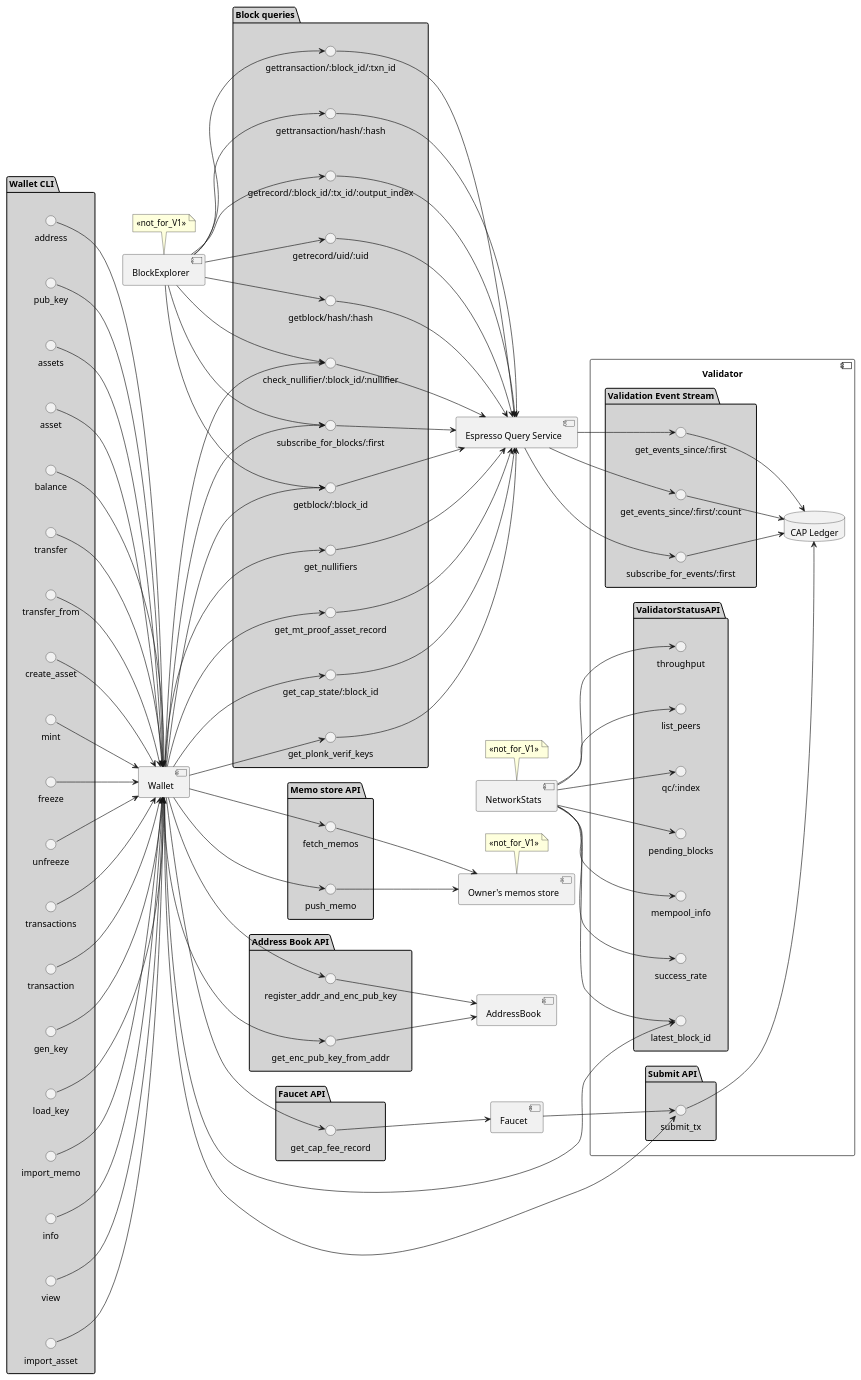
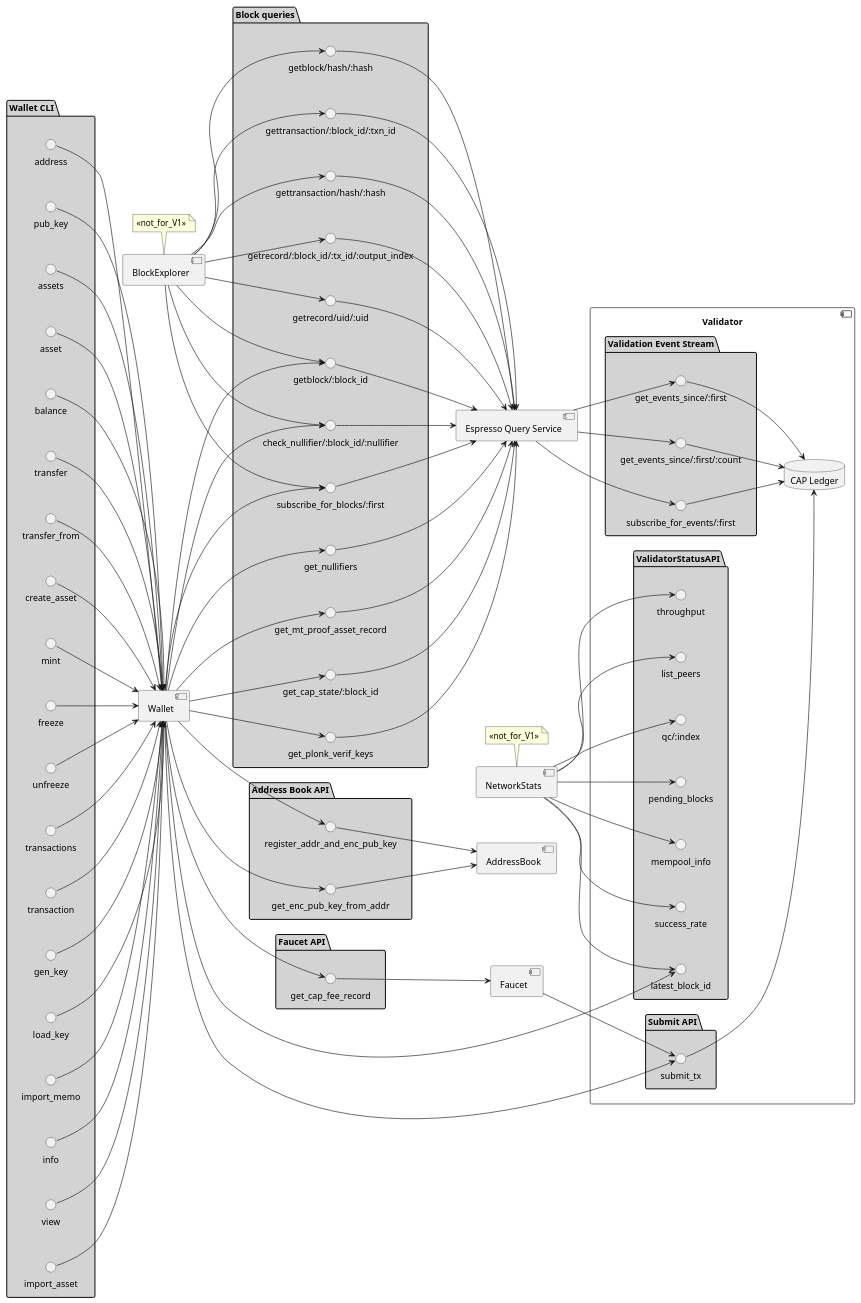
One commit to EspressoSystems/espresso changed the diagram in doc/architecture/global_architecture_components_diagram.puml. Above: the diagram before and after it, drawn with PlantUML.

Commit message:
Remove OMS.

```diff
--- a/doc/architecture/global_architecture_components_diagram.puml
+++ b/doc/architecture/global_architecture_components_diagram.puml
@@ -1,153 +1,143 @@
 @startuml
 
 component "Wallet" as Wallet
 left to right direction
 
 package "Wallet CLI" #lightgray {
     address --> Wallet
     pub_key --> Wallet
     assets --> Wallet
     asset --> Wallet
     balance --> Wallet
     transfer --> Wallet
     transfer_from --> Wallet
     create_asset --> Wallet
     mint --> Wallet
     freeze --> Wallet
     unfreeze --> Wallet
     transactions --> Wallet
     transaction --> Wallet
     gen_key --> Wallet
     load_key --> Wallet
     import_memo --> Wallet
     info --> Wallet
     view --> Wallet
     import_asset --> Wallet
 }
 
 component "Espresso Query Service" as EsQS
 component BlockExplorer as BE
 note top of BE: <<not_for_V1>>
 
 component NetworkStats as NS
 note top of NS: <<not_for_V1>>
 
-[Owner's memos store] as OMS
-note top of OMS: <<not_for_V1>>
-package "Memo store API" #lightgray {
-    interface fetch_memos
-    interface push_memo
-    fetch_memos --> OMS
-    push_memo --> OMS
-}
 
 [AddressBook] as AB
 package "Address Book API" #lightgray {
     interface register_addr_and_enc_pub_key
     interface get_enc_pub_key_from_addr
     register_addr_and_enc_pub_key --> AB
     get_enc_pub_key_from_addr --> AB
 }
 
 [Faucet] as F
 package "Faucet API" #lightgray {
     get_cap_fee_record --> F
 }
 
 package "Block queries" as BQ #lightgray {
     interface "getblock/:block_id" as get_block_block_id
     interface  "getblock/hash/:hash" as get_block_hash
     interface "subscribe_for_blocks/:first" as sus_blocks_first
     interface  "gettransaction/:block_id/:txn_id" as get_transaction_block_id_tx_id
     interface "gettransaction/hash/:hash" as get_transaction_hash
     interface "getrecord/:block_id/:tx_id/:output_index" as get_record_block_id_tx_id_output_index
     interface "getrecord/uid/:uid" as get_record_uid
     interface "check_nullifier/:block_id/:nullifier" as check_nullifier_block_id_nullifier
     interface "get_cap_state/:block_id" as get_cap_state_block_id
 
     get_block_block_id --> EsQS
     get_block_hash --> EsQS
     get_transaction_block_id_tx_id --> EsQS
     get_transaction_hash --> EsQS
     get_record_block_id_tx_id_output_index --> EsQS
     get_record_uid --> EsQS
     sus_blocks_first --> EsQS
     check_nullifier_block_id_nullifier --> EsQS
 
     get_cap_state_block_id --> EsQS
     get_plonk_verif_keys --> EsQS
     get_nullifiers --> EsQS
     get_mt_proof_asset_record --> EsQS
 
 }
 
 component Validator #white {
 
     package "Submit API" #lightgray {
         interface submit_tx
     }
 
     package ValidatorStatusAPI #lightgray {
         interface list_peers
         interface "qc/:index" as qc_index
         interface "pending_blocks"
         interface latest_block_id
         interface mempool_info
         interface success_rate
         interface throughput
     }
 
     package "Validation Event Stream" as VES #lightgray {
         interface "subscribe_for_events/:first" as sus_events_first
         interface  "get_events_since/:first" as get_events_since_first
         interface  "get_events_since/:first/:count" as get_events_since_first_count
     }
 
     database "CAP Ledger" as CAPLedger{
         submit_tx --> CAPLedger
     }
 
     sus_events_first --> CAPLedger
     get_events_since_first --> CAPLedger
     get_events_since_first_count --> CAPLedger
 }
 
-Wallet --> fetch_memos
 Wallet --> submit_tx
-Wallet --> push_memo
 Wallet --> get_mt_proof_asset_record
 Wallet --> register_addr_and_enc_pub_key
 Wallet --> get_enc_pub_key_from_addr
 Wallet --> get_cap_state_block_id
 Wallet --> get_plonk_verif_keys
 Wallet --> get_cap_fee_record
 Wallet --> get_nullifiers
 Wallet --> get_block_block_id
 Wallet --> sus_blocks_first
 Wallet --> check_nullifier_block_id_nullifier
 Wallet --> latest_block_id
 
 BE --> get_block_block_id
 BE --> sus_blocks_first
 BE --> get_block_hash
 BE --> get_transaction_block_id_tx_id
 BE --> get_transaction_hash
 BE --> get_record_block_id_tx_id_output_index
 BE --> get_record_uid
 BE --> check_nullifier_block_id_nullifier
 
 NS --> list_peers
 NS --> qc_index
 NS --> latest_block_id
 NS --> pending_blocks
 NS --> mempool_info
 NS --> success_rate
 NS --> throughput
 
 EsQS --> sus_events_first
 EsQS --> get_events_since_first
 EsQS --> get_events_since_first_count
 
 F --> submit_tx
 
 @enduml
```
